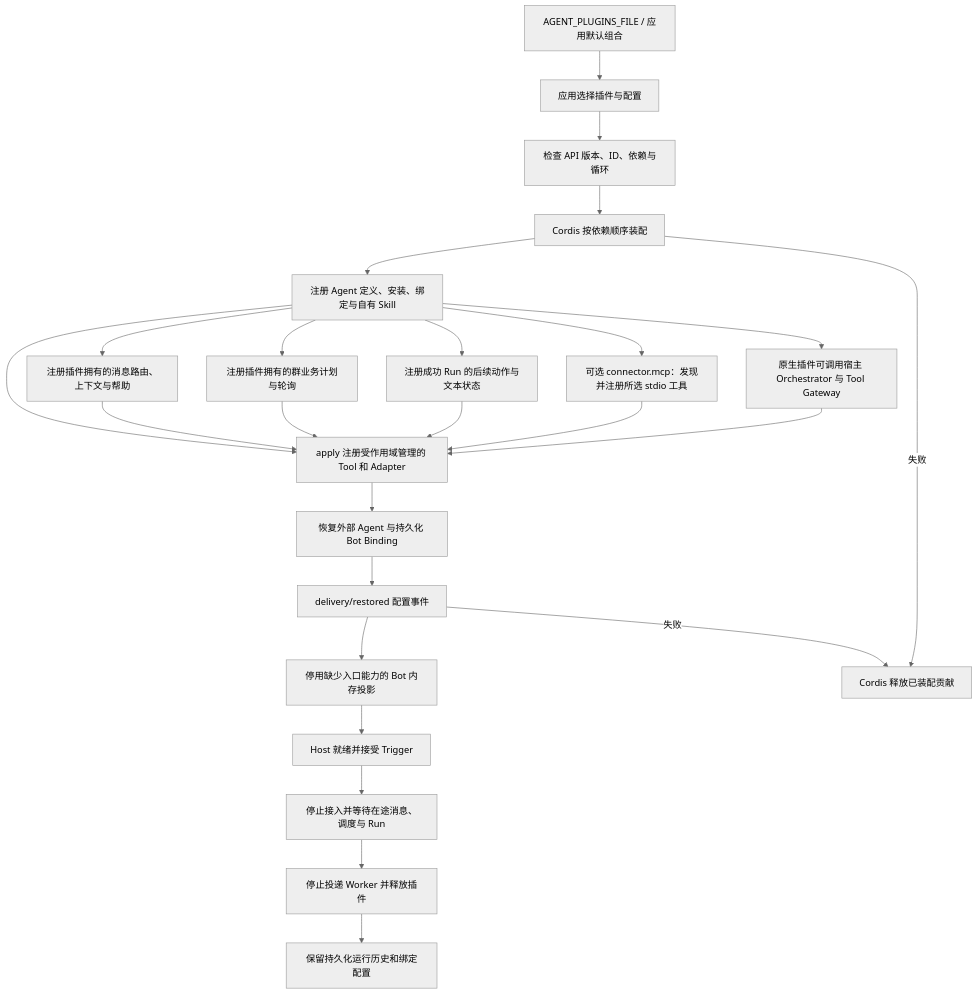
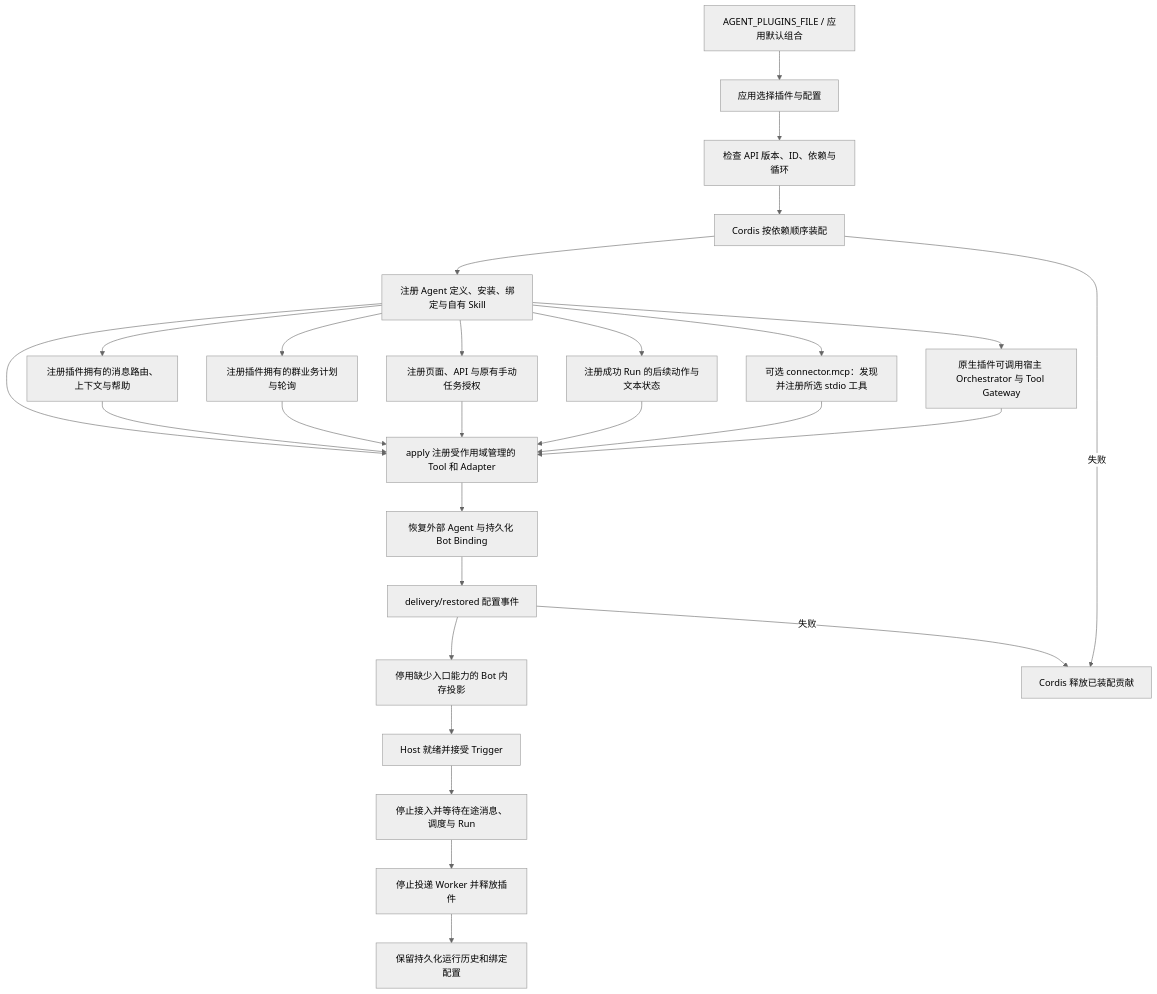
One commit to KlayPeter/AI-Delivery-Ops-Agent changed the diagram in backend/src/platform/plugins/FEATURE.md. Above: the diagram before and after it, drawn with Mermaid (neutral theme). The commit also changed other lines of this file and 39 other files, not shown here.

````diff
--- a/backend/src/platform/plugins/FEATURE.md
+++ b/backend/src/platform/plugins/FEATURE.md
@@ -21,27 +21,29 @@
 ```mermaid
 flowchart TD
     Y[AGENT_PLUGINS_FILE / 应用默认组合] --> A[应用选择插件与配置]
     A --> B[检查 API 版本、ID、依赖与循环]
     B --> C[Cordis 按依赖顺序装配]
     C --> D[注册 Agent 定义、安装、绑定与自有 Skill]
     D --> E[apply 注册受作用域管理的 Tool 和 Adapter]
     D --> MR[注册插件拥有的消息路由、上下文与帮助]
     MR --> E
     D --> SJ[注册插件拥有的群业务计划与轮询]
     SJ --> E
+    D --> WEB[注册页面、API 与原有手动任务授权]
+    WEB --> E
     D --> RA[注册成功 Run 的后续动作与文本状态]
     RA --> E
     D --> MCP[可选 connector.mcp：发现并注册所选 stdio 工具]
     MCP --> E
     D --> NS[原生插件可调用宿主 Orchestrator 与 Tool Gateway]
     NS --> E
     E --> F[恢复外部 Agent 与持久化 Bot Binding]
     F --> G[delivery/restored 配置事件]
     G --> H[停用缺少入口能力的 Bot 内存投影]
     H --> I[Host 就绪并接受 Trigger]
     C -- 失败 --> X[Cordis 释放已装配贡献]
     G -- 失败 --> X
     I --> J[停止接入并等待在途消息、调度与 Run]
     J --> K[停止投递 Worker 并释放插件]
     K --> L[保留持久化运行历史和绑定配置]
 ```
````
